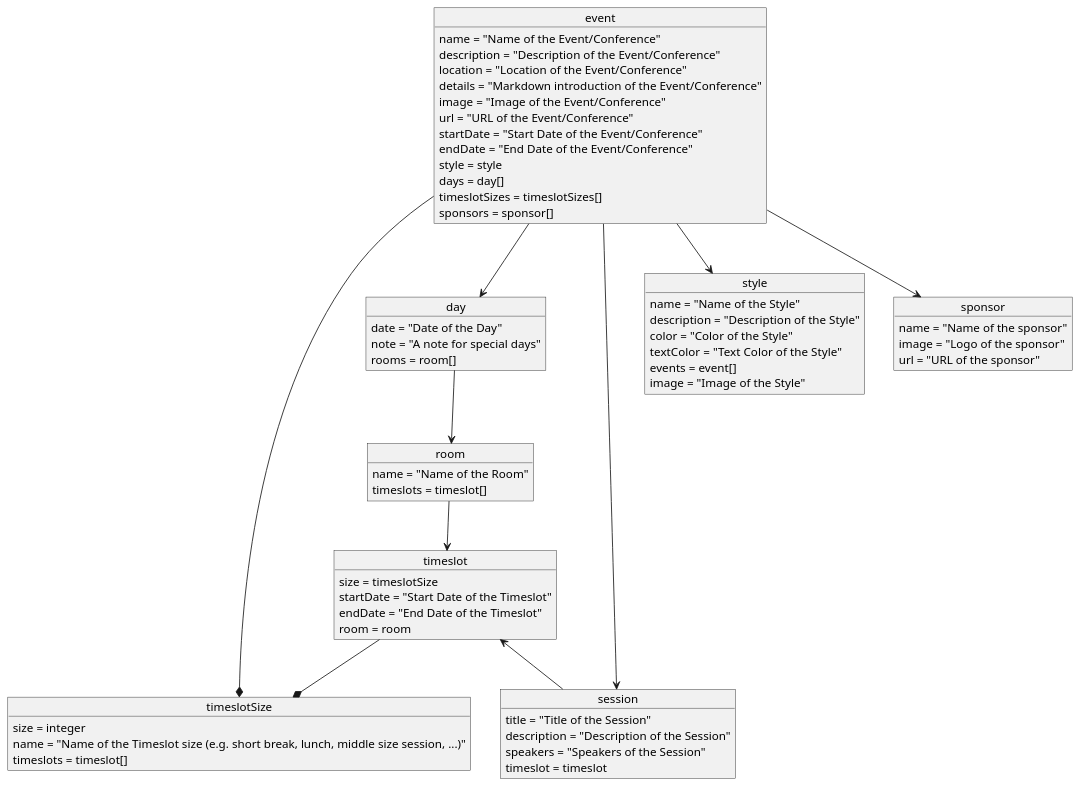
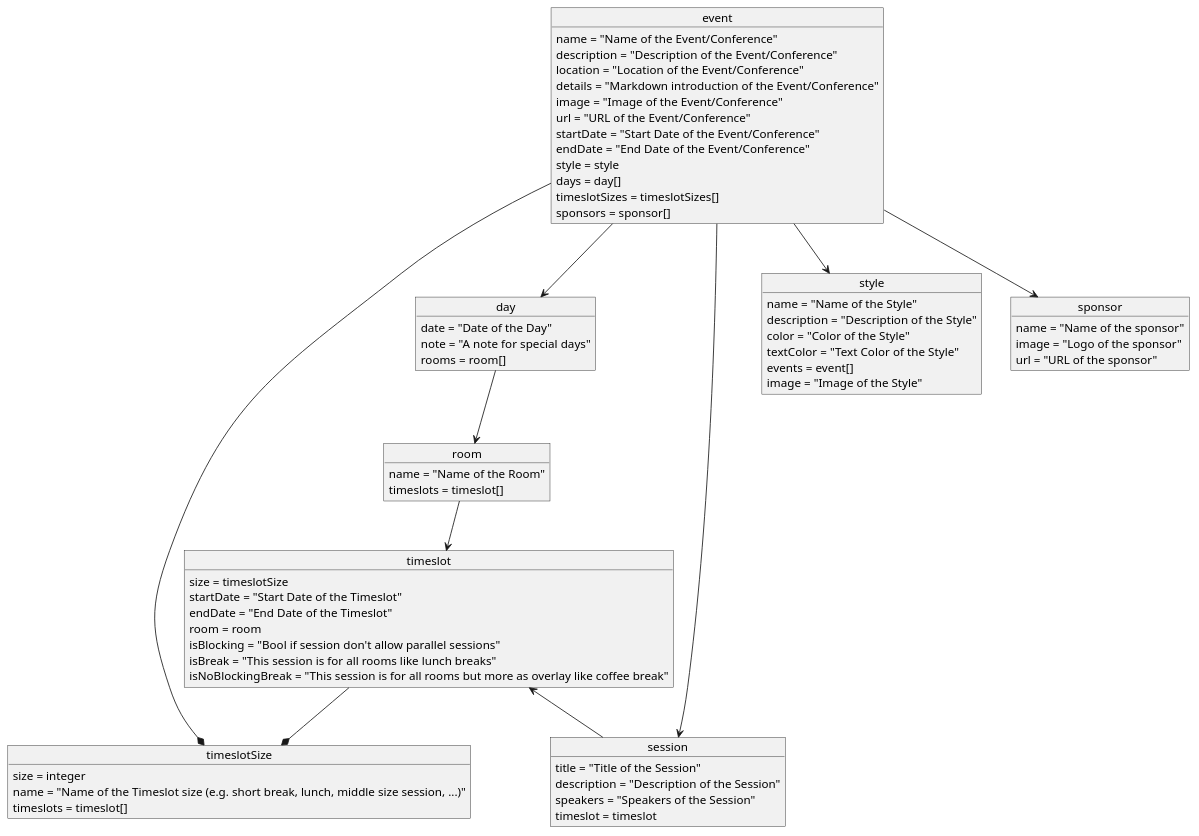
Before and after one commit to mayflower/oTTo: the diagram in docs/diagrams/business_models.puml, drawn with PlantUML. The commit also changed 1 other file, not shown here.

Commit message:
Add flags isBlocking, isBreak and isNoBlockingBreak to timeslot

```diff
--- a/docs/diagrams/business_models.puml
+++ b/docs/diagrams/business_models.puml
@@ -1,69 +1,72 @@
 @startuml BusinessModels
 
 object event
 object day
 object room
 object timeslotSize
 object timeslot
 object session
 object style
 object sponsor
 
 event : name = "Name of the Event/Conference"
 event : description = "Description of the Event/Conference"
 event : location = "Location of the Event/Conference"
 event : details = "Markdown introduction of the Event/Conference"
 event : image = "Image of the Event/Conference"
 event : url = "URL of the Event/Conference"
 event : startDate = "Start Date of the Event/Conference"
 event : endDate = "End Date of the Event/Conference"
 event : style = style
 event : days = day[]
 event : timeslotSizes = timeslotSizes[]
 event : sponsors = sponsor[]
 
 sponsor : name = "Name of the sponsor"
 sponsor : image = "Logo of the sponsor"
 sponsor : url = "URL of the sponsor"
 
 day : date = "Date of the Day"
 day : note = "A note for special days"
 day : rooms = room[]
 
 room : name = "Name of the Room"
 room : timeslots = timeslot[]
 
 timeslotSize : size = integer
 timeslotSize : name = "Name of the Timeslot size (e.g. short break, lunch, middle size session, ...)"
 timeslotSize : timeslots = timeslot[]
 
 timeslot : size = timeslotSize
 timeslot : startDate = "Start Date of the Timeslot"
 timeslot : endDate = "End Date of the Timeslot"
 timeslot : room = room
+timeslot : isBlocking = "Bool if session don't allow parallel sessions"
+timeslot : isBreak = "This session is for all rooms like lunch breaks"
+timeslot : isNoBlockingBreak = "This session is for all rooms but more as overlay like coffee break"
 
 session : title = "Title of the Session"
 session : description = "Description of the Session"
 session : speakers = "Speakers of the Session"
 session : timeslot = timeslot
 
 style : name = "Name of the Style"
 style : description = "Description of the Style"
 style : color = "Color of the Style"
 style : textColor = "Text Color of the Style"
 style : events = event[]
 style : image = "Image of the Style"
 
 event --> day
 event --> style
 event --* timeslotSize
 event --> session
 event --> sponsor
 
 day --> room
 
 room --> timeslot
 timeslot <-- session
 timeslot --* timeslotSize
 
 @enduml
```
